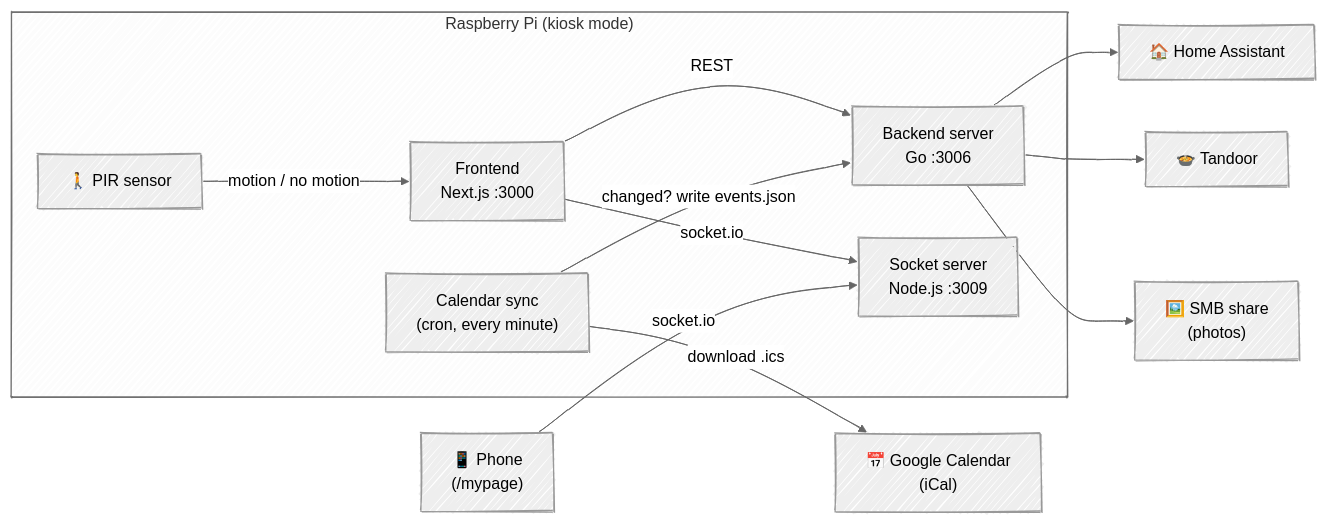
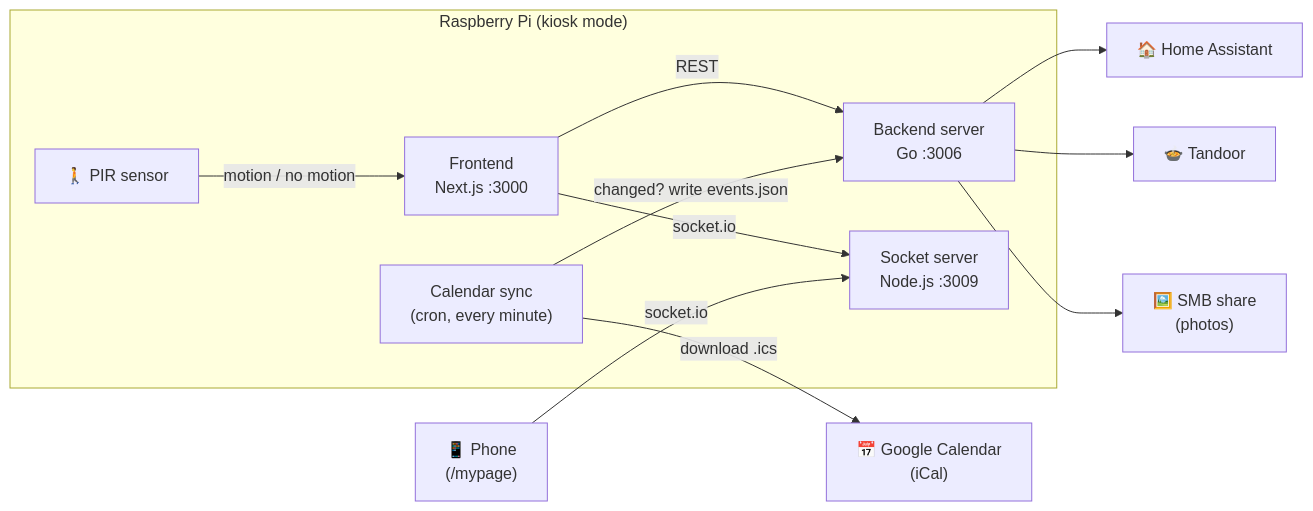
One commit to twartzek/familyboard changed the diagram in README.md. Above: the diagram before and after it, drawn with Mermaid.

Commit message:
fix: diagram updated

````diff
--- a/README.md
+++ b/README.md
@@ -40,27 +40,26 @@
 ```mermaid
-%%{init: {"theme": "neutral", "look": "handDrawn"}}%%
 flowchart LR
     subgraph Pi["Raspberry Pi (kiosk mode)"]
-        FE["Frontend\nNext.js :3000"]
-        BE["Backend server\nGo :3006"]
-        SOCK["Socket server\nNode.js :3009"]
-        SYNC["Calendar sync\n(cron, every minute)"]
+        FE["Frontend<br/>Next.js :3000"]
+        BE["Backend server<br/>Go :3006"]
+        SOCK["Socket server<br/>Node.js :3009"]
+        SYNC["Calendar sync<br/>(cron, every minute)"]
         PIR["🚶 PIR sensor"]
     end
 
-    Phone["📱 Phone\n(/mypage)"]
+    Phone["📱 Phone<br/>(/mypage)"]
     HA["🏠 Home Assistant"]
     Tandoor["🍲 Tandoor"]
-    SMB["🖼️ SMB share\n(photos)"]
-    Cal["📅 Google Calendar\n(iCal)"]
+    SMB["🖼️ SMB share<br/>(photos)"]
+    Cal["📅 Google Calendar<br/>(iCal)"]
 
     FE -- "REST" --> BE
     FE -- "socket.io" --> SOCK
     Phone -- "socket.io" --> SOCK
     BE --> HA
     BE --> Tandoor
     BE --> SMB
     SYNC -- "download .ics" --> Cal
     SYNC -- "changed? write events.json" --> BE
     PIR -- "motion / no motion" --> FE
 ```
````
